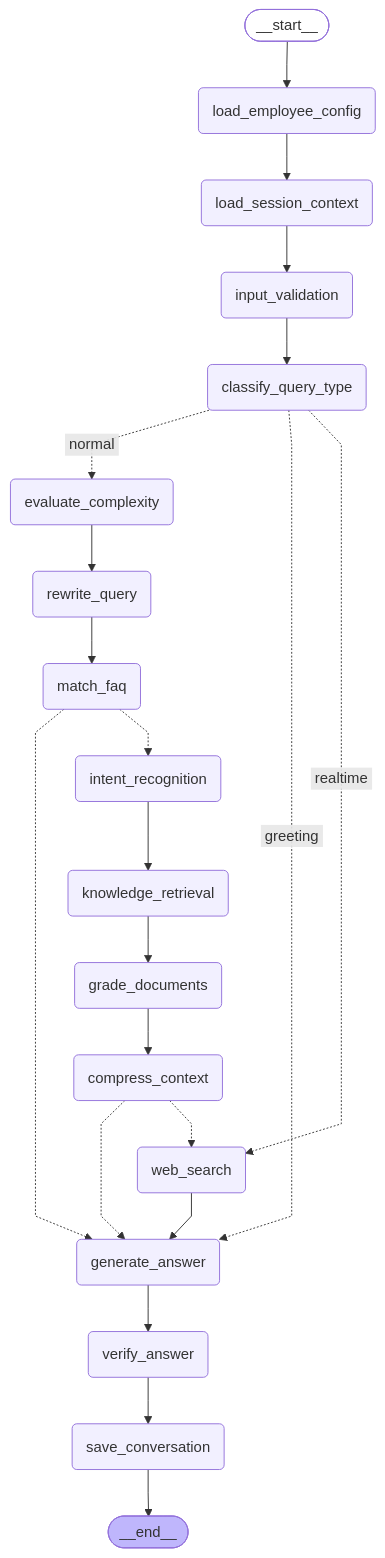
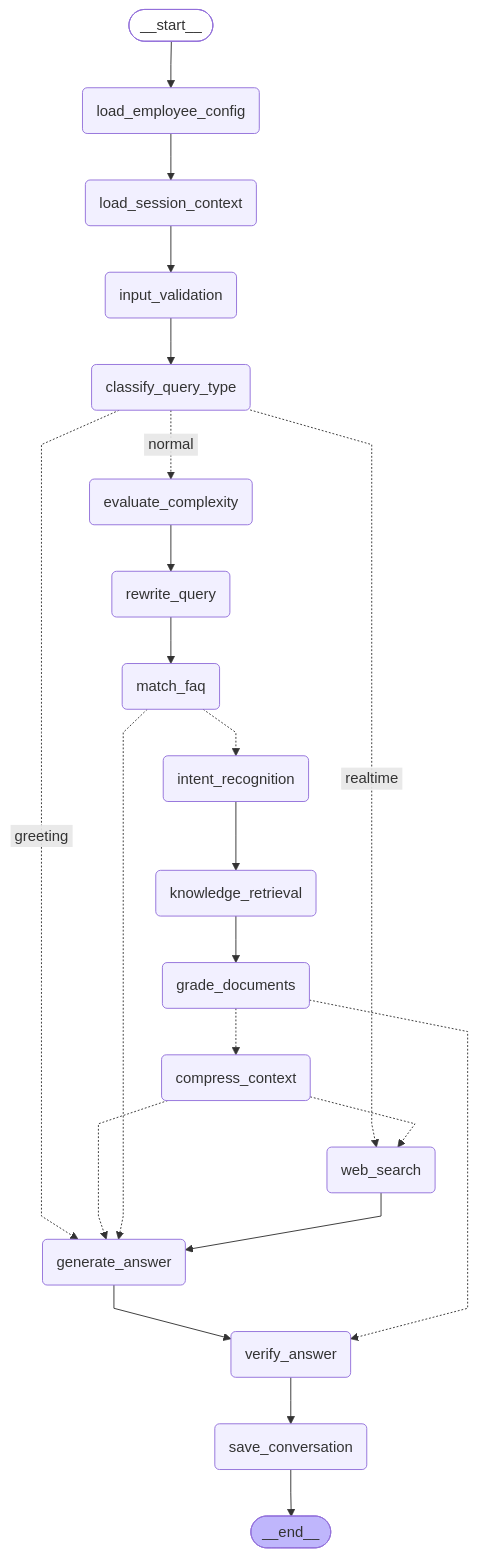
The diagram in ai-service/graph_debug/crag_graph.mmd (perfectbullet/ZengKingMorphe), drawn with Mermaid before and after one commit. The commit also changed 9 other files, not shown here.

```diff
--- a/ai-service/graph_debug/crag_graph.mmd
+++ b/ai-service/graph_debug/crag_graph.mmd
@@ -1,46 +1,47 @@
 ---
 config:
   flowchart:
     curve: linear
 ---
 graph TD;
 	__start__([<p>__start__</p>]):::first
 	load_employee_config(load_employee_config)
 	load_session_context(load_session_context)
 	input_validation(input_validation)
 	classify_query_type(classify_query_type)
 	evaluate_complexity(evaluate_complexity)
 	rewrite_query(rewrite_query)
 	match_faq(match_faq)
 	intent_recognition(intent_recognition)
 	knowledge_retrieval(knowledge_retrieval)
 	grade_documents(grade_documents)
 	compress_context(compress_context)
 	web_search(web_search)
 	generate_answer(generate_answer)
 	verify_answer(verify_answer)
 	save_conversation(save_conversation)
 	__end__([<p>__end__</p>]):::last
 	__start__ --> load_employee_config;
 	classify_query_type -. &nbsp;normal&nbsp; .-> evaluate_complexity;
 	classify_query_type -. &nbsp;greeting&nbsp; .-> generate_answer;
 	classify_query_type -. &nbsp;realtime&nbsp; .-> web_search;
 	compress_context -.-> generate_answer;
 	compress_context -.-> web_search;
 	evaluate_complexity --> rewrite_query;
 	generate_answer --> verify_answer;
-	grade_documents --> compress_context;
+	grade_documents -.-> compress_context;
+	grade_documents -.-> verify_answer;
 	input_validation --> classify_query_type;
 	intent_recognition --> knowledge_retrieval;
 	knowledge_retrieval --> grade_documents;
 	load_employee_config --> load_session_context;
 	load_session_context --> input_validation;
 	match_faq -.-> generate_answer;
 	match_faq -.-> intent_recognition;
 	rewrite_query --> match_faq;
 	verify_answer --> save_conversation;
 	web_search --> generate_answer;
 	save_conversation --> __end__;
 	classDef default fill:#f2f0ff,line-height:1.2
 	classDef first fill-opacity:0
 	classDef last fill:#bfb6fc
```
